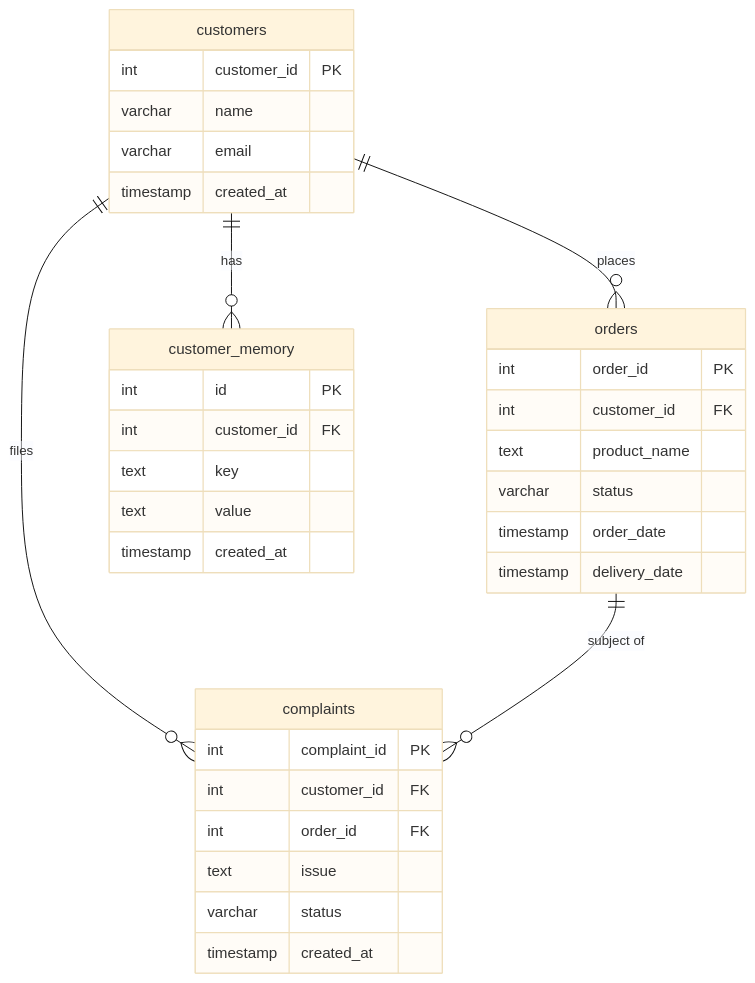
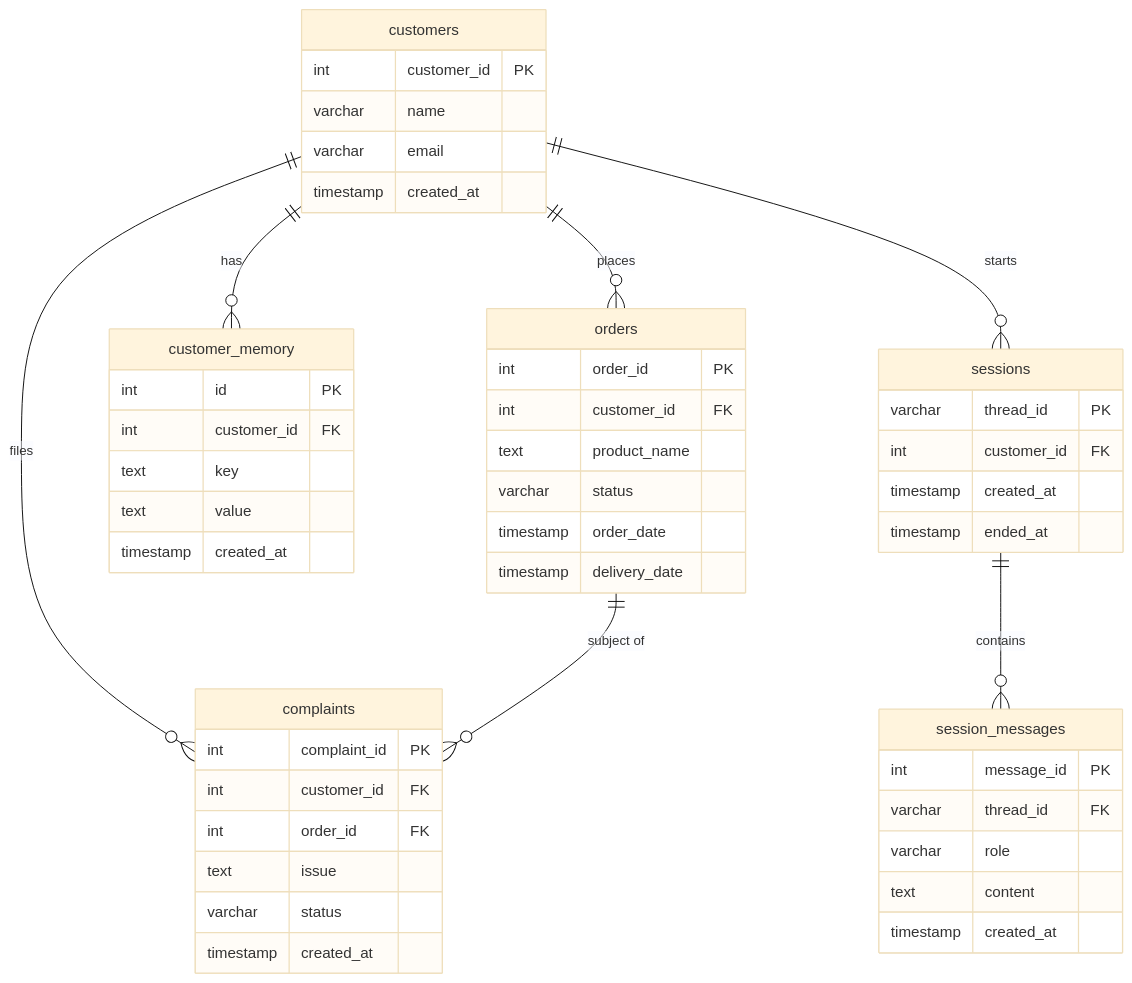
Before and after one commit to krsx/react-langgraph: the diagram in ERD.md, drawn with Mermaid (base theme). The commit also changed other lines of this file, not shown here.

Commit message:
Add 2 tables at ERD.md

````diff
--- a/ERD.md
+++ b/ERD.md
@@ -59,37 +78,52 @@
 ```mermaid
 erDiagram
     customers {
         int customer_id PK
         varchar name
         varchar email
         timestamp created_at
     }
     orders {
         int order_id PK
         int customer_id FK
         text product_name
         varchar status
         timestamp order_date
         timestamp delivery_date
     }
     complaints {
         int complaint_id PK
         int customer_id FK
         int order_id FK
         text issue
         varchar status
         timestamp created_at
     }
     customer_memory {
         int id PK
         int customer_id FK
         text key
         text value
         timestamp created_at
     }
+    sessions {
+        varchar thread_id PK
+        int customer_id FK
+        timestamp created_at
+        timestamp ended_at
+    }
+    session_messages {
+        int message_id PK
+        varchar thread_id FK
+        varchar role
+        text content
+        timestamp created_at
+    }
 
     customers ||--o{ orders : "places"
     customers ||--o{ complaints : "files"
     customers ||--o{ customer_memory : "has"
+    customers ||--o{ sessions : "starts"
     orders ||--o{ complaints : "subject of"
+    sessions ||--o{ session_messages : "contains"
 ```
````
